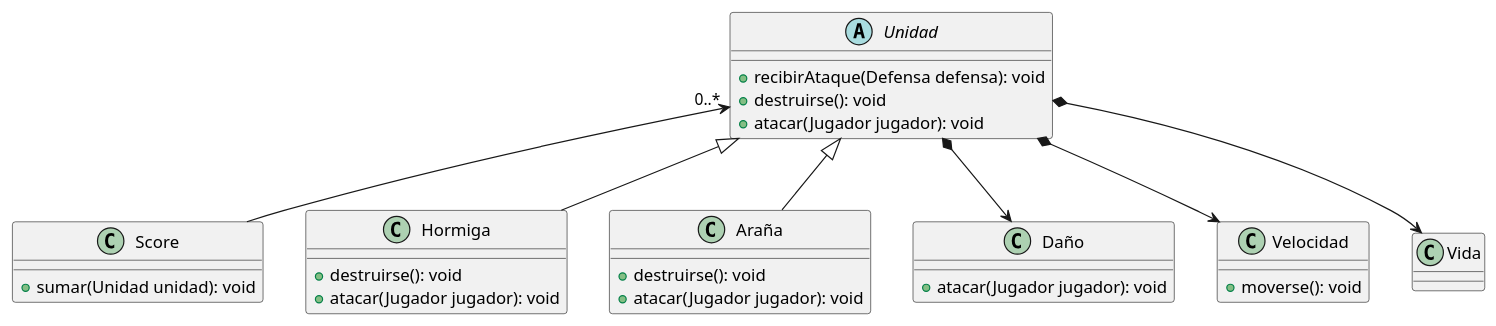
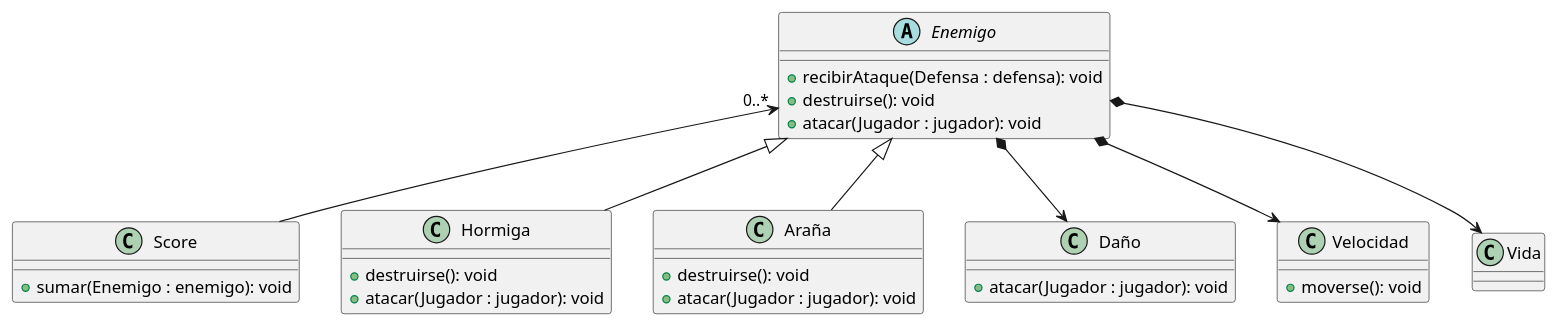
The diagram in diagrams/classes/Unidad_class_diagram.puml (franzimbi/algo3_tp2), drawn with PlantUML before and after one commit. The commit also changed 4 other files, not shown here.

Commit message:
actualizacion UML

```diff
--- a/diagrams/classes/Unidad_class_diagram.puml
+++ b/diagrams/classes/Unidad_class_diagram.puml
@@ -1,39 +1,39 @@
 @startuml
 'https://plantuml.com/class-diagram
 
 class Score {
-    +sumar(Unidad unidad): void
+    +sumar(Enemigo : enemigo): void
 }
 
-abstract class Unidad {
-    +recibirAtaque(Defensa defensa): void
+abstract class Enemigo {
+    +recibirAtaque(Defensa : defensa): void
     +destruirse(): void
-    +atacar(Jugador jugador): void
+    +atacar(Jugador : jugador): void
 }
 
 class Hormiga {
     +destruirse(): void
-    +atacar(Jugador jugador): void
+    +atacar(Jugador : jugador): void
 }
 
 class Araña {
     +destruirse(): void
-    +atacar(Jugador jugador): void
+    +atacar(Jugador : jugador): void
 }
 
 class Daño {
-    +atacar(Jugador jugador): void
+    +atacar(Jugador : jugador): void
 }
 
 class Velocidad {
     +moverse(): void
 }
 
-Unidad <|-- Hormiga
-Unidad <|-- Araña
-Unidad *--> Daño
-Unidad *--> Velocidad
-Unidad "0..*" <--  Score
-Unidad *--> Vida
+Enemigo <|-- Hormiga
+Enemigo <|-- Araña
+Enemigo *--> Daño
+Enemigo *--> Velocidad
+Enemigo "0..*" <--  Score
+Enemigo *--> Vida
 
 @enduml
```
